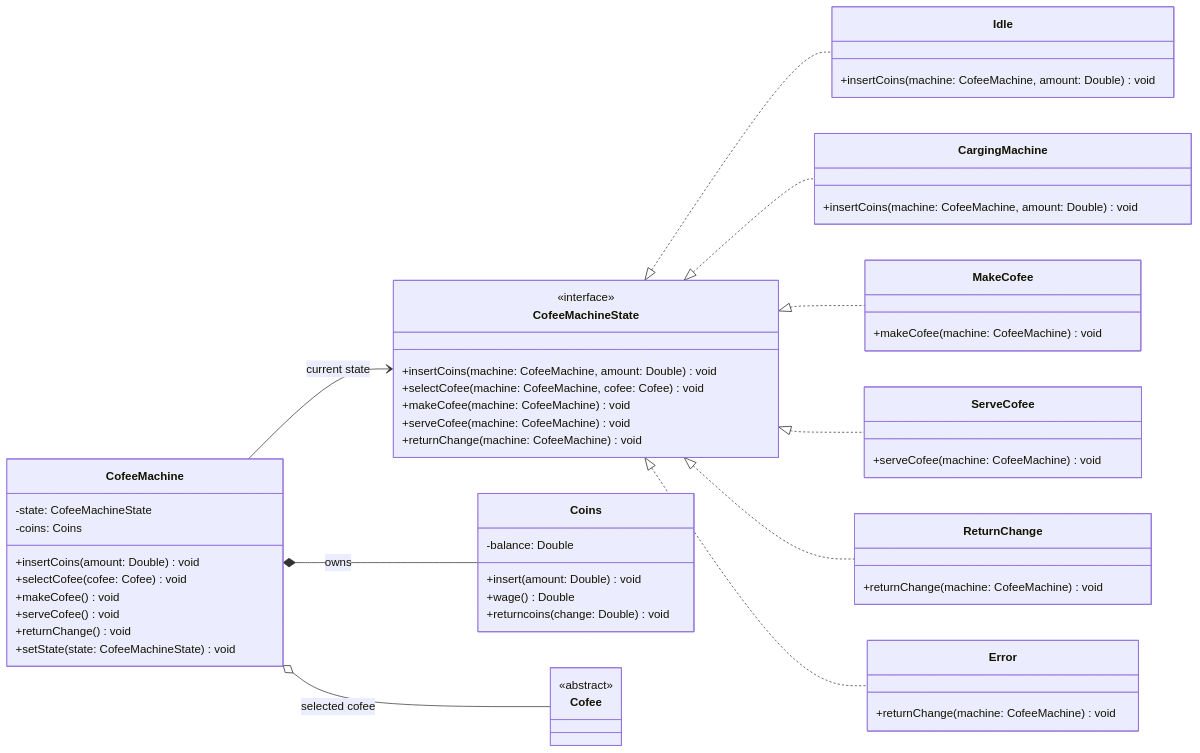
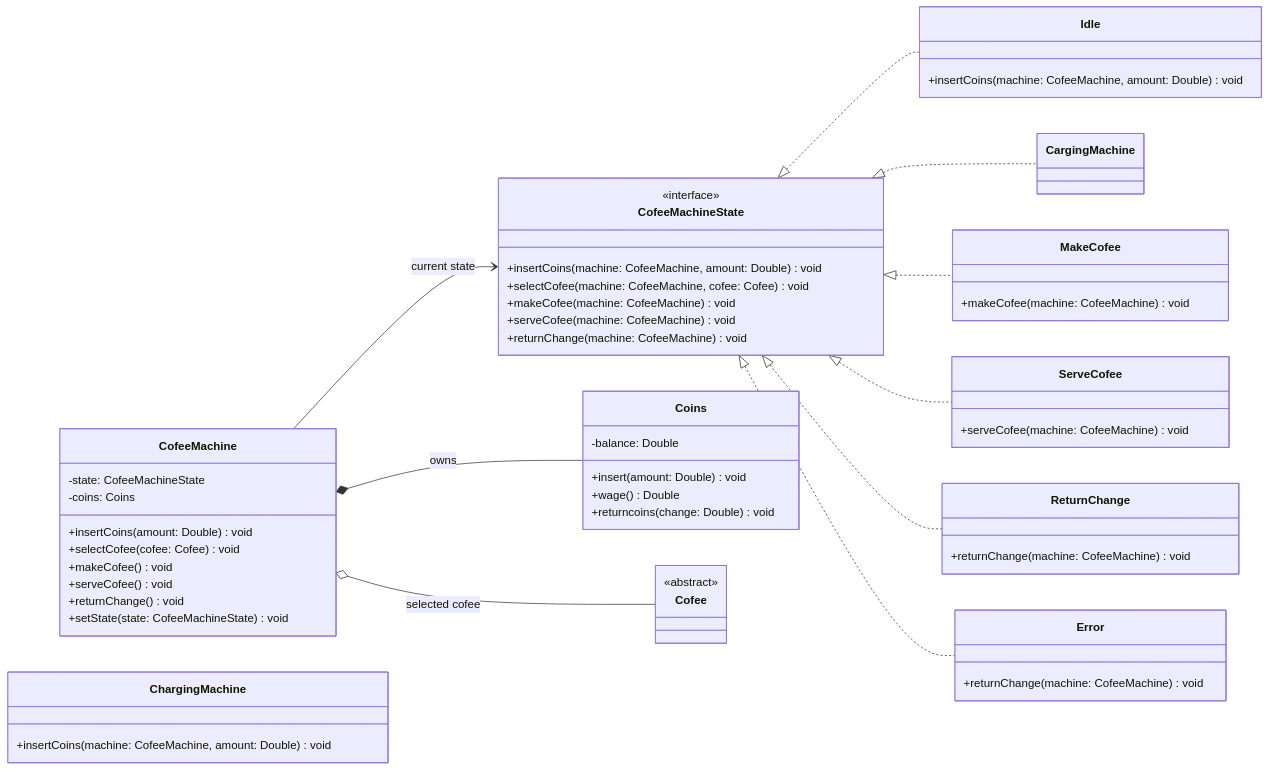
The second of 3 diagrams in src/main/kotlin/MaquinaCafe/States.md (anxovaz/Kotlin_intro), drawn with Mermaid before and after one commit.

Commit message:
Fix typo CargingMachine -> ChargingMachina

````diff
--- a/src/main/kotlin/MaquinaCafe/States.md
+++ b/src/main/kotlin/MaquinaCafe/States.md
@@ -24,64 +24,64 @@
 ```mermaid
 classDiagram
     direction LR
 
     class CofeeMachine {
         -state: CofeeMachineState
         -coins: Coins
         +insertCoins(amount: Double) void
         +selectCofee(cofee: Cofee) void
         +makeCofee() void
         +serveCofee() void
         +returnChange() void
         +setState(state: CofeeMachineState) void
     }
 
     class CofeeMachineState {
         <<interface>>
         +insertCoins(machine: CofeeMachine, amount: Double) void
         +selectCofee(machine: CofeeMachine, cofee: Cofee) void
         +makeCofee(machine: CofeeMachine) void
         +serveCofee(machine: CofeeMachine) void
         +returnChange(machine: CofeeMachine) void
     }
 
     class Idle {
         +insertCoins(machine: CofeeMachine, amount: Double) void
     }
-    class CargingMachine {
+    class ChargingMachine {
         +insertCoins(machine: CofeeMachine, amount: Double) void
     }
     class MakeCofee {
         +makeCofee(machine: CofeeMachine) void
     }
     class ServeCofee {
         +serveCofee(machine: CofeeMachine) void
     }
     class ReturnChange {
         +returnChange(machine: CofeeMachine) void
     }
     class Error {
         +returnChange(machine: CofeeMachine) void
     }
 
     class Coins {
         -balance: Double
         +insert(amount: Double) void
         +wage() Double
         +returncoins(change: Double) void
     }
 
     class Cofee {
         <<abstract>>
     }
 
     CofeeMachine --> CofeeMachineState : current state
     CofeeMachine *-- Coins : owns
     CofeeMachine o-- Cofee : selected cofee
     CofeeMachineState <|.. Idle
     CofeeMachineState <|.. CargingMachine
     CofeeMachineState <|.. MakeCofee
     CofeeMachineState <|.. ServeCofee
     CofeeMachineState <|.. ReturnChange
     CofeeMachineState <|.. Error
 ```
````
